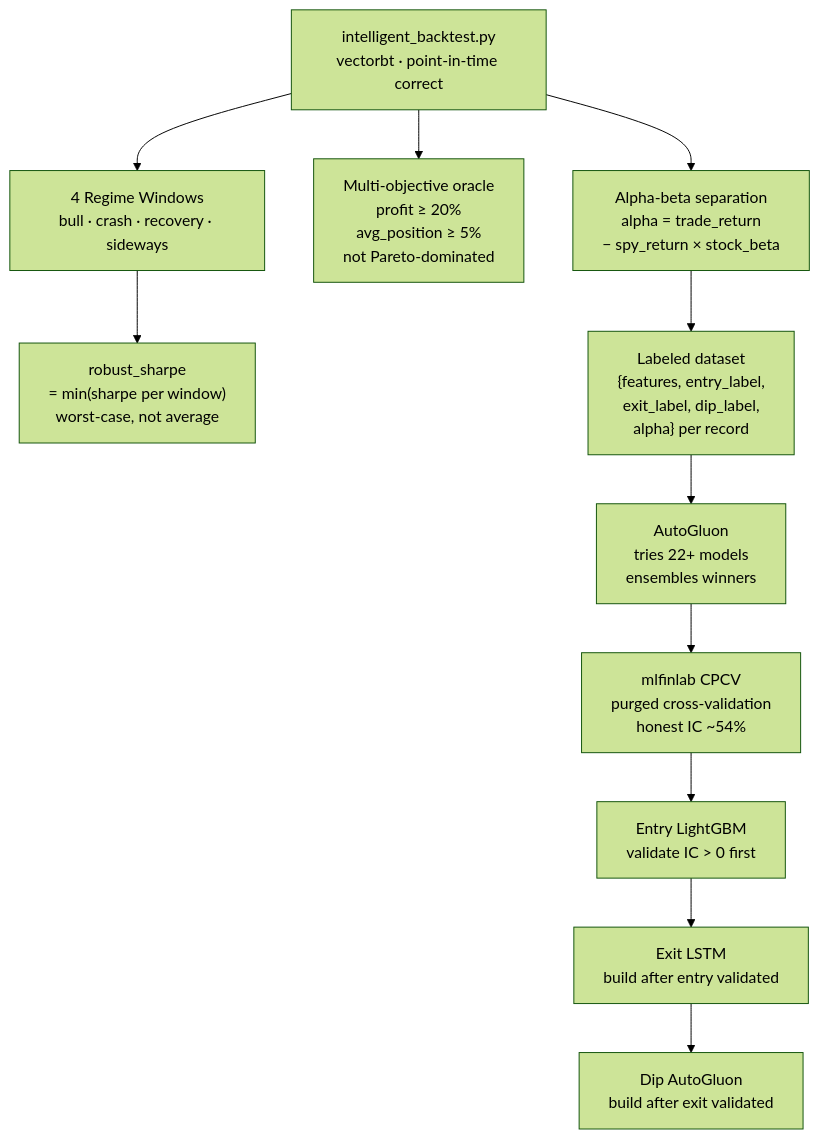
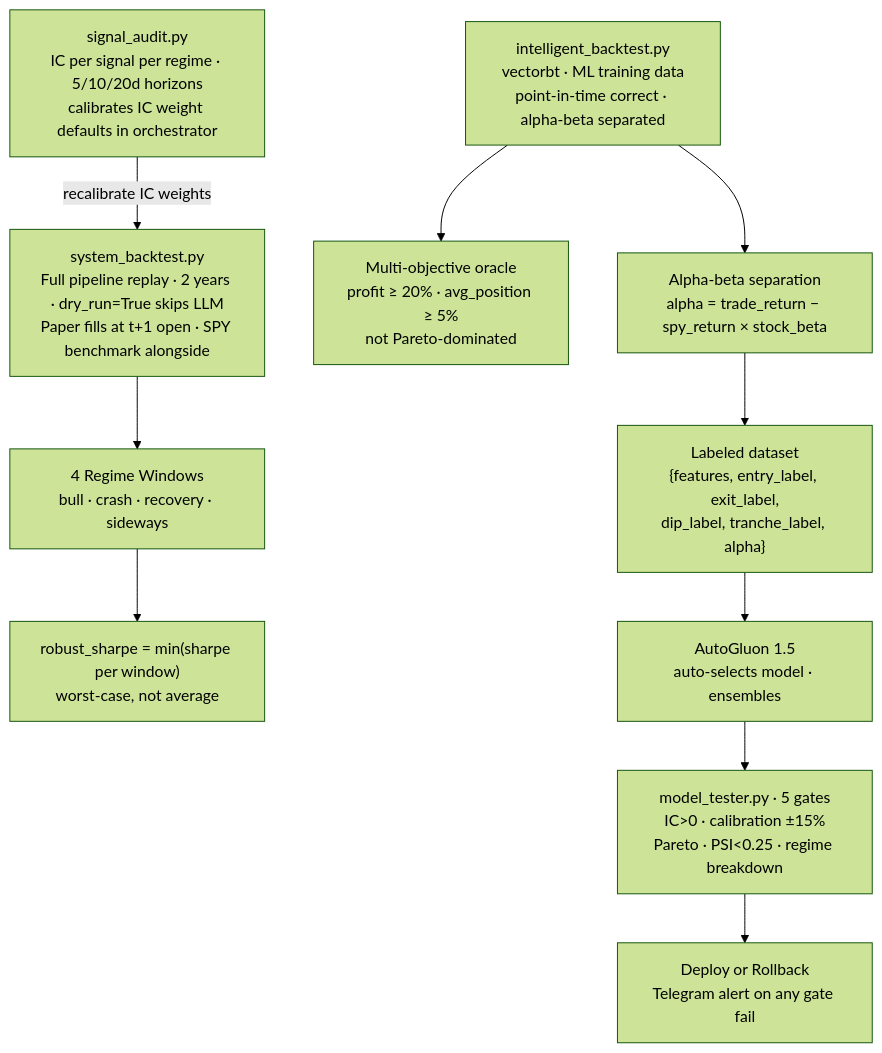
Before and after one commit to bangalore-killua/trading-system-v2: the fifth of 5 diagrams in README.md, drawn with Mermaid (forest theme). The commit also changed other lines of this file and 23 other files, not shown here.

````diff
--- a/README.md
+++ b/README.md
@@ -217,20 +251,19 @@
 ```mermaid
 flowchart TD
-    BT["intelligent_backtest.py\nvectorbt · point-in-time correct"]
+    SBT["system_backtest.py\nFull pipeline replay · 2 years · dry_run=True skips LLM\nPaper fills at t+1 open · SPY benchmark alongside"]
+    SA["signal_audit.py\nIC per signal per regime · 5/10/20d horizons\ncalibrates IC weight defaults in orchestrator"]
+    BT["intelligent_backtest.py\nvectorbt · ML training data\npoint-in-time correct · alpha-beta separated"]
     REG["4 Regime Windows\nbull · crash · recovery · sideways"]
-    RS["robust_sharpe\n= min(sharpe per window)\nworst-case, not average"]
-    MO["Multi-objective oracle\nprofit ≥ 20%\navg_position ≥ 5%\nnot Pareto-dominated"]
-    AB["Alpha-beta separation\nalpha = trade_return\n− spy_return × stock_beta"]
-    DS["Labeled dataset\n{features, entry_label,\nexit_label, dip_label,\nalpha} per record"]
-    AG["AutoGluon\ntries 22+ models\nensembles winners"]
-    CV["mlfinlab CPCV\npurged cross-validation\nhonest IC ~54%"]
-    ENTRY["Entry LightGBM\nvalidate IC > 0 first"]
-    EXIT["Exit LSTM\nbuild after entry validated"]
-    DIP["Dip AutoGluon\nbuild after exit validated"]
+    RS["robust_sharpe = min(sharpe per window)\nworst-case, not average"]
+    MO["Multi-objective oracle\nprofit ≥ 20% · avg_position ≥ 5%\nnot Pareto-dominated"]
+    AB["Alpha-beta separation\nalpha = trade_return − spy_return × stock_beta"]
+    DS["Labeled dataset\n{features, entry_label, exit_label,\ndip_label, tranche_label, alpha}"]
+    AG["AutoGluon 1.5\nauto-selects model · ensembles"]
+    AT["model_tester.py · 5 gates\nIC>0 · calibration ±15%\nPareto · PSI<0.25 · regime breakdown"]
+    DEPLOY["Deploy or Rollback\nTelegram alert on any gate fail"]
 
-    BT --> REG --> RS
+    SBT --> REG --> RS
     BT --> MO
-    BT --> AB --> DS
-    DS --> AG --> CV
-    CV --> ENTRY --> EXIT --> DIP
+    BT --> AB --> DS --> AG --> AT --> DEPLOY
+    SA --> |"recalibrate IC weights"| SBT
 ```
````
